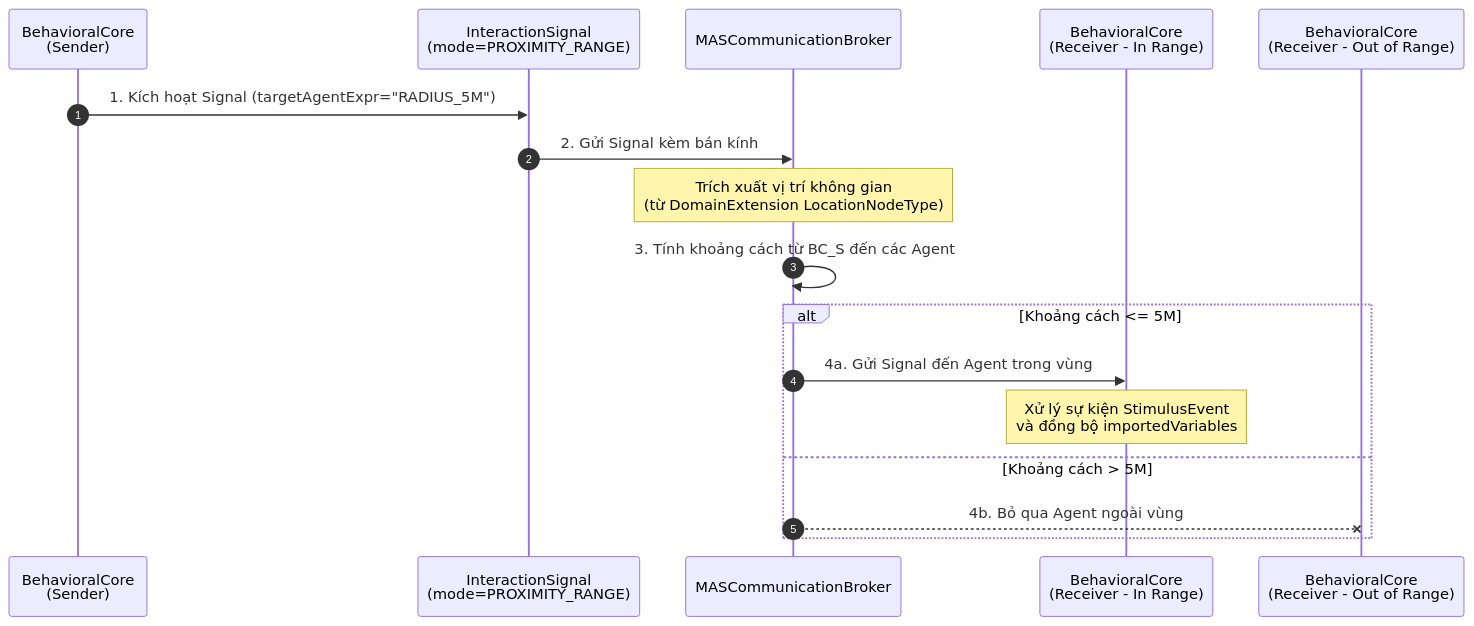
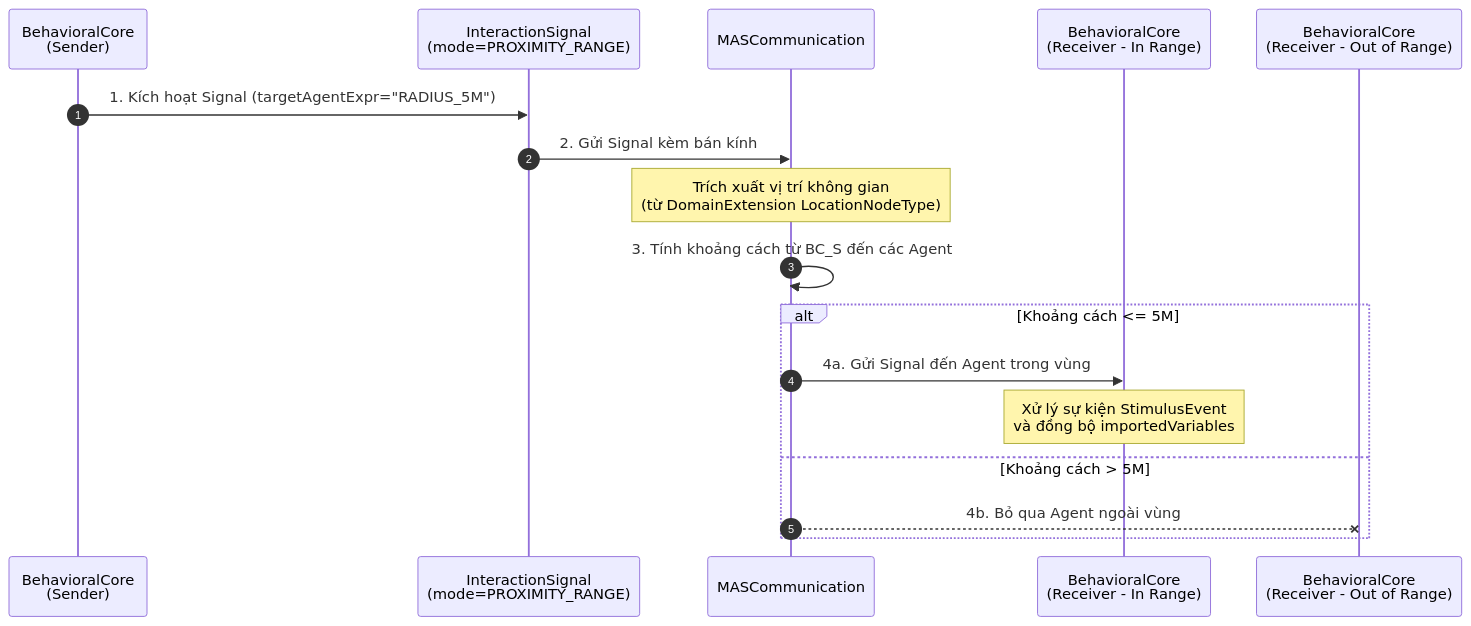
One commit to NguyenDucguyen/behavirol-agent-waretwin-forEx changed the diagram in model/proximity_range.md. Above: the diagram before and after it, drawn with Mermaid. The commit also changed 2 other files, not shown here.

Commit message:
feat : add algorithm.md

````diff
--- a/model/proximity_range.md
+++ b/model/proximity_range.md
@@ -1,24 +1,24 @@
 ```mermaid
 sequenceDiagram
 autonumber
 participant BC_S as BehavioralCore<br/>(Sender)
 participant IS as InteractionSignal<br/>(mode=PROXIMITY_RANGE)
-participant Broker as MASCommunicationBroker
+participant Broker as MASCommunication
 participant BC_R1 as BehavioralCore<br/>(Receiver - In Range)
 participant BC_R2 as BehavioralCore<br/>(Receiver - Out of Range)
 
     BC_S->>IS: 1. Kích hoạt Signal (targetAgentExpr="RADIUS_5M")
     IS->>Broker: 2. Gửi Signal kèm bán kính
 
     Note over Broker: Trích xuất vị trí không gian<br/>(từ DomainExtension LocationNodeType)
     Broker->>Broker: 3. Tính khoảng cách từ BC_S đến các Agent
 
     alt Khoảng cách <= 5M
         Broker->>BC_R1: 4a. Gửi Signal đến Agent trong vùng
         Note over BC_R1: Xử lý sự kiện StimulusEvent<br/>và đồng bộ importedVariables
     else Khoảng cách > 5M
         Broker--xBC_R2: 4b. Bỏ qua Agent ngoài vùng
     end
 
 
 ```
````
